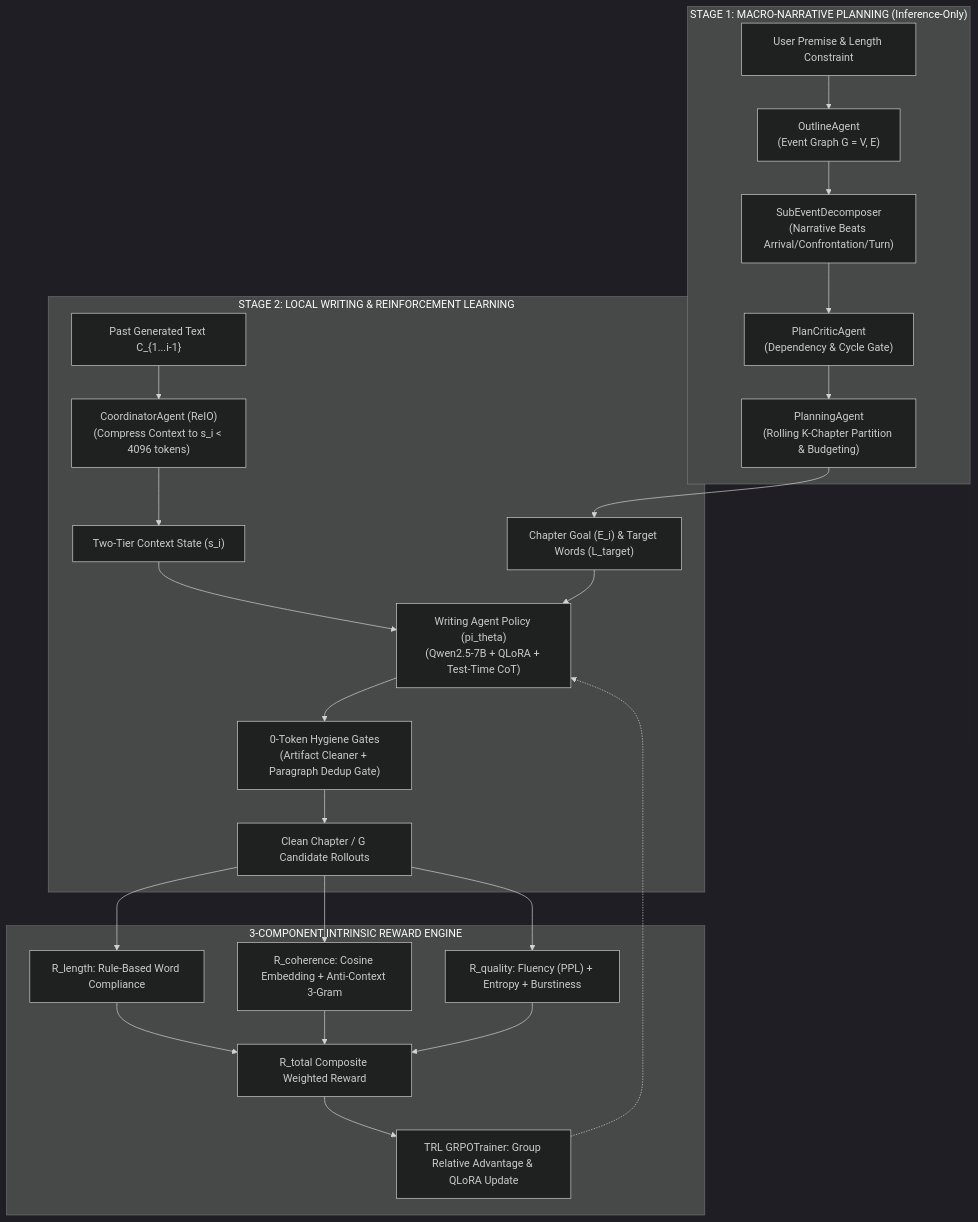
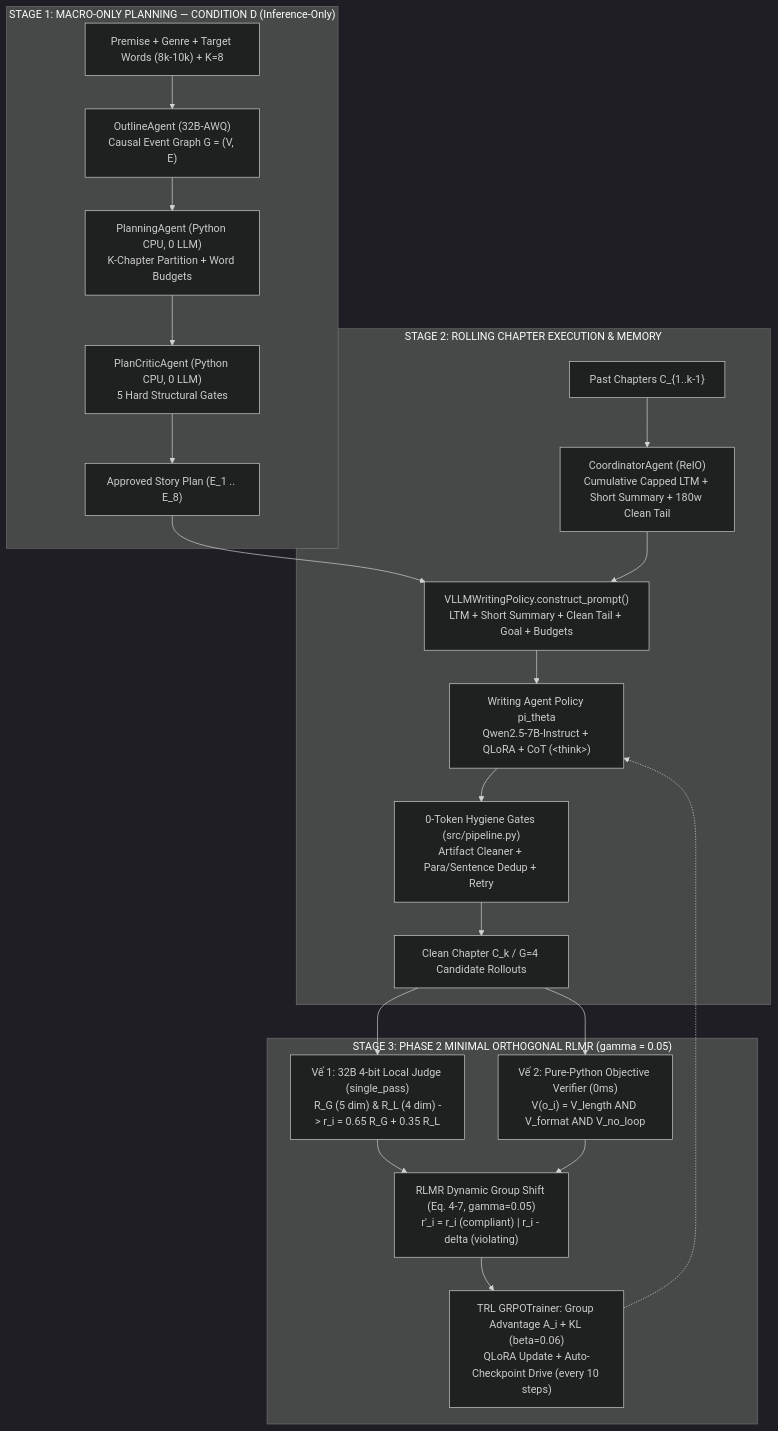
One commit to AIVIETNAM-AIO-TruongDogki/MA_GRPO changed the first of 2 diagrams in architecture.md. Above: the diagram before and after it, drawn with Mermaid (dark theme). The commit also changed other lines of this file and 1 other file, not shown here.

Commit message:
docs: update architecture.md and README.md for Condition D + Phase 2 Minimal Orthogonal RLMR (gamma=0.05) pipeline

````diff
--- a/architecture.md
+++ b/architecture.md
@@ -11,34 +18,27 @@
 ```mermaid
 flowchart TD
-    subgraph STAGE1 ["STAGE 1: MACRO-NARRATIVE PLANNING (Inference-Only)"]
-        UserPremise["User Premise & Length Constraint"] --> OutlineAgent["OutlineAgent<br/>(Event Graph G = V, E)"]
-        OutlineAgent --> SubEventDecomposer["SubEventDecomposer<br/>(Narrative Beats Arrival/Confrontation/Turn)"]
-        SubEventDecomposer --> PlanCritic["PlanCriticAgent<br/>(Dependency & Cycle Gate)"]
-        PlanCritic --> PlanningAgent["PlanningAgent<br/>(Rolling K-Chapter Partition & Budgeting)"]
+    subgraph STAGE1 ["STAGE 1: MACRO-ONLY PLANNING — CONDITION D (Inference-Only)"]
+        Premise["Premise + Genre + Target Words (8k-10k) + K=8"] --> Outline["OutlineAgent (32B-AWQ)<br/>Causal Event Graph G = (V, E)"]
+        Outline --> Planner["PlanningAgent (Python CPU, 0 LLM)<br/>K-Chapter Partition + Word Budgets"]
+        Planner --> Critic["PlanCriticAgent (Python CPU, 0 LLM)<br/>5 Hard Structural Gates"]
+        Critic --> StoryPlan["Approved Story Plan (E_1 .. E_8)"]
     end
 
-    subgraph STAGE2 ["STAGE 2: LOCAL WRITING & REINFORCEMENT LEARNING"]
-        PlanningAgent --> ChapterBlueprint["Chapter Goal (E_i) & Target Words (L_target)"]
-        History["Past Generated Text C_{1...i-1}"] --> Coordinator["CoordinatorAgent (ReIO)<br/>(Compress Context to s_i < 4096 tokens)"]
-        Coordinator --> ContextState["Two-Tier Context State (s_i)"]
-        
-        ContextState --> WritingAgent["Writing Agent Policy (pi_theta)<br/>(Qwen2.5-7B + QLoRA + Test-Time CoT)"]
-        ChapterBlueprint --> WritingAgent
-        
-        WritingAgent --> PostGate["0-Token Hygiene Gates<br/>(Artifact Cleaner + Paragraph Dedup Gate)"]
-        PostGate --> Rollouts["Clean Chapter / G Candidate Rollouts"]
+    subgraph STAGE2 ["STAGE 2: ROLLING CHAPTER EXECUTION & MEMORY"]
+        StoryPlan --> PromptBuilder["VLLMWritingPolicy.construct_prompt()<br/>LTM + Short Summary + Clean Tail + Goal + Budgets"]
+        History["Past Chapters C_{1..k-1}"] --> Coord["CoordinatorAgent (ReIO)<br/>Cumulative Capped LTM + Short Summary + 180w Clean Tail"]
+        Coord --> PromptBuilder
+        PromptBuilder --> Writer["Writing Agent Policy pi_theta<br/>Qwen2.5-7B-Instruct + QLoRA + CoT (&lt;think&gt;)"]
+        Writer --> Hygiene["0-Token Hygiene Gates (src/pipeline.py)<br/>Artifact Cleaner + Para/Sentence Dedup + Retry"]
+        Hygiene --> Rollouts["Clean Chapter C_k / G=4 Candidate Rollouts"]
     end
 
-    subgraph REWARDS ["3-COMPONENT INTRINSIC REWARD ENGINE"]
-        Rollouts --> R_Len["R_length: Rule-Based Word Compliance"]
-        Rollouts --> R_Coh["R_coherence: Cosine Embedding + Anti-Context 3-Gram"]
-        Rollouts --> R_Qual["R_quality: Fluency (PPL) + Entropy + Burstiness"]
-        
-        R_Len --> R_Total["R_total Composite Weighted Reward"]
-        R_Coh --> R_Total
-        R_Qual --> R_Total
-        
-        R_Total --> GRPO_Update["TRL GRPOTrainer: Group Relative Advantage & QLoRA Update"]
-        GRPO_Update -.-> WritingAgent
+    subgraph PHASE2 ["STAGE 3: PHASE 2 MINIMAL ORTHOGONAL RLMR (gamma = 0.05)"]
+        Rollouts --> Judge32B["Vế 1: 32B 4-bit Local Judge (single_pass)<br/>R_G (5 dim) &amp; R_L (4 dim) -> r_i = 0.65 R_G + 0.35 R_L"]
+        Rollouts --> PyVerifier["Vế 2: Pure-Python Objective Verifier (0ms)<br/>V(o_i) = V_length AND V_format AND V_no_loop"]
+        Judge32B --> RLMR["RLMR Dynamic Group Shift (Eq. 4-7, gamma=0.05)<br/>r'_i = r_i (compliant) | r_i - delta (violating)"]
+        PyVerifier --> RLMR
+        RLMR --> GRPO["TRL GRPOTrainer: Group Advantage A_i + KL (beta=0.06)<br/>QLoRA Update + Auto-Checkpoint Drive (every 10 steps)"]
+        GRPO -.-> Writer
     end
 ```
````
